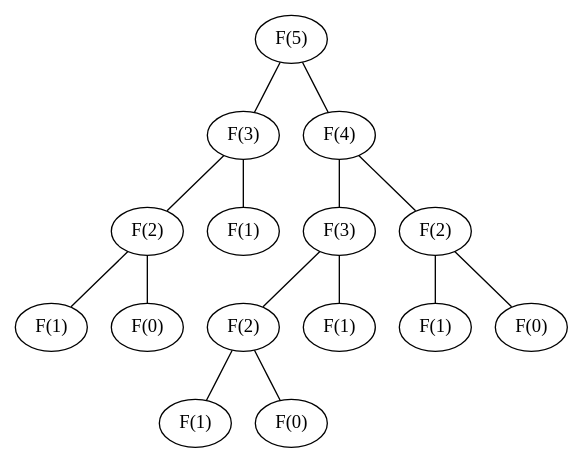
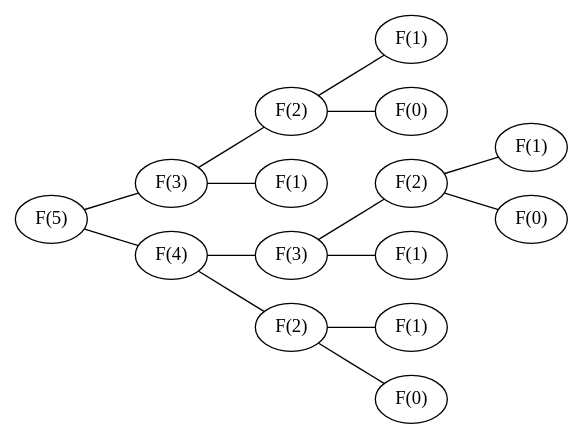
One commit to desicochrane/blogger changed the diagram in src/_artifacts/fibonacci-naive.dot. Above: the diagram before and after it, drawn with Graphviz. The commit also changed 8 other files, not shown here.

```diff
--- a/src/_artifacts/fibonacci-naive.dot
+++ b/src/_artifacts/fibonacci-naive.dot
@@ -1,32 +1,33 @@
 graph {
+ rankdir=LR
  node [fontname="CMU Serif Roman"]
 
  "x" [label="F(5)"]
  "xa" [label="F(3)"]
  "xaa" [label="F(2)"]
  "xab" [label="F(1)"]
 
  "xaaa" [label="F(1)"]
  "xaab" [label="F(0)"]
 
  "a" [label="F(4)"]
  "ab" [label="F(3)"]
  "aa" [label="F(2)"]
 
  "aab" [label="F(1)"]
  "aaa" [label="F(0)"]
 
  "aba" [label="F(2)"]
  "abb" [label="F(1)"]
 
  "abaa" [label="F(1)"]
  "abab" [label="F(0)"]
 
  "x" -- {"a", "xa"}
  "xa" -- {"xaa", "xab"}
  "xaa" -- {"xaaa", "xaab"}
  "a" -- {"aa", "ab"}
  "aa" -- {"aaa", "aab"}
  "ab" -- {"aba", "abb"}
  "aba" -- {"abaa", "abab"}
 }
```
